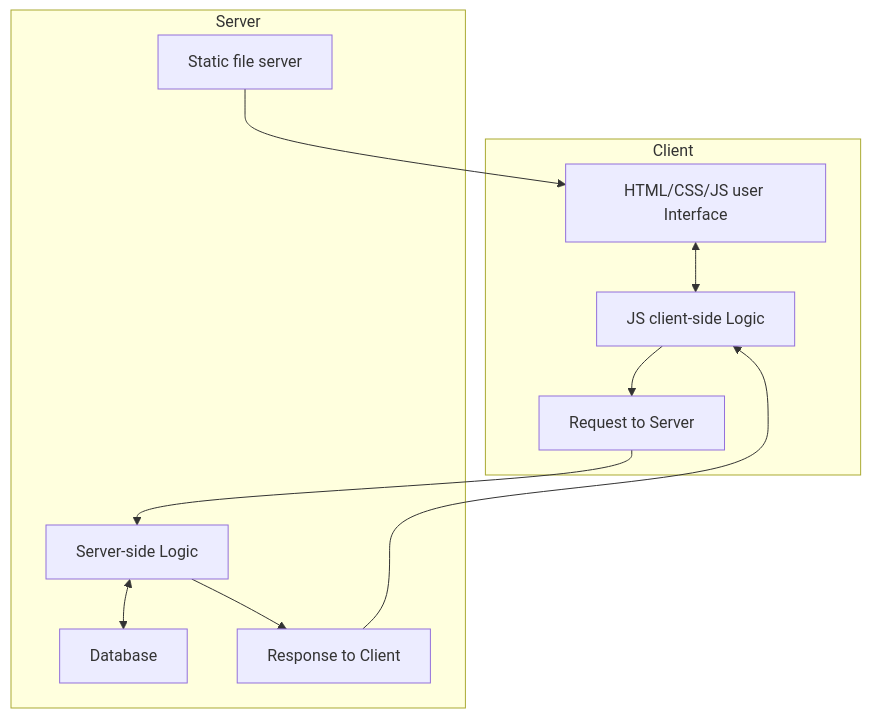
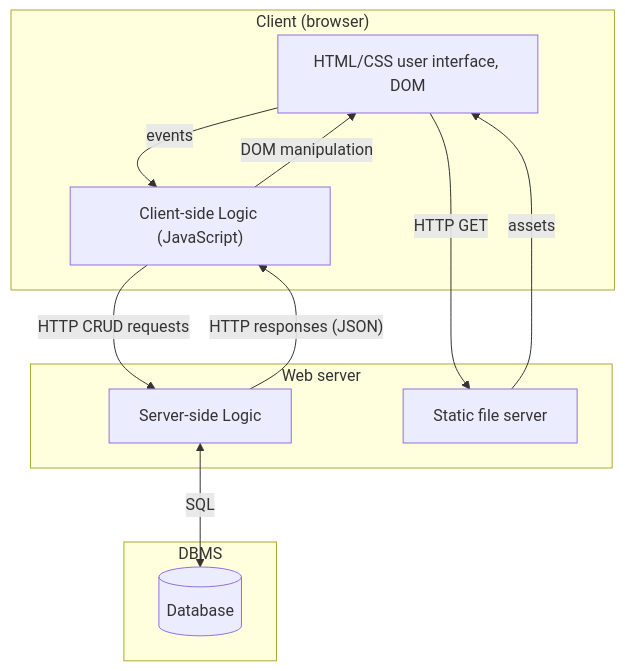
Before and after one commit to mattpe/ucad: the first of 2 diagrams in 01-getting-started.md, drawn with Mermaid. The commit also changed other lines of this file, not shown here.

Commit message:
refine client-server architecture diagram

````diff
--- a/01-getting-started.md
+++ b/01-getting-started.md
@@ -22,17 +22,23 @@
 ```mermaid
 graph TD
 
-subgraph Client 
-   A[HTML/CSS/JS user Interface] <--> B[JS client-side Logic]
-   B --> C[Request to Server]
+subgraph "Client (browser)"
+   DOM[HTML/CSS user interface, DOM] -- events --> CSL["Client-side Logic (JavaScript)"]
+   CSL -- DOM manipulation --> DOM
 end
 
-subgraph Server
-   C --> D[Server-side Logic]
-   D <--> E[Database]
-   D --> F[Response to Client]
-   G[Static file server] --> A
+subgraph "Web server"
+   SSL[Server-side Logic]
+   SFS[Static file server]
 end
 
-F --> B
+subgraph DBMS
+   DB[(Database)]
+end
+
+DOM -- HTTP GET --> SFS
+SFS -- assets --> DOM
+CSL -- HTTP CRUD requests --> SSL
+SSL -- HTTP responses (JSON) --> CSL
+SSL <-- SQL--> DB
 ```
````
